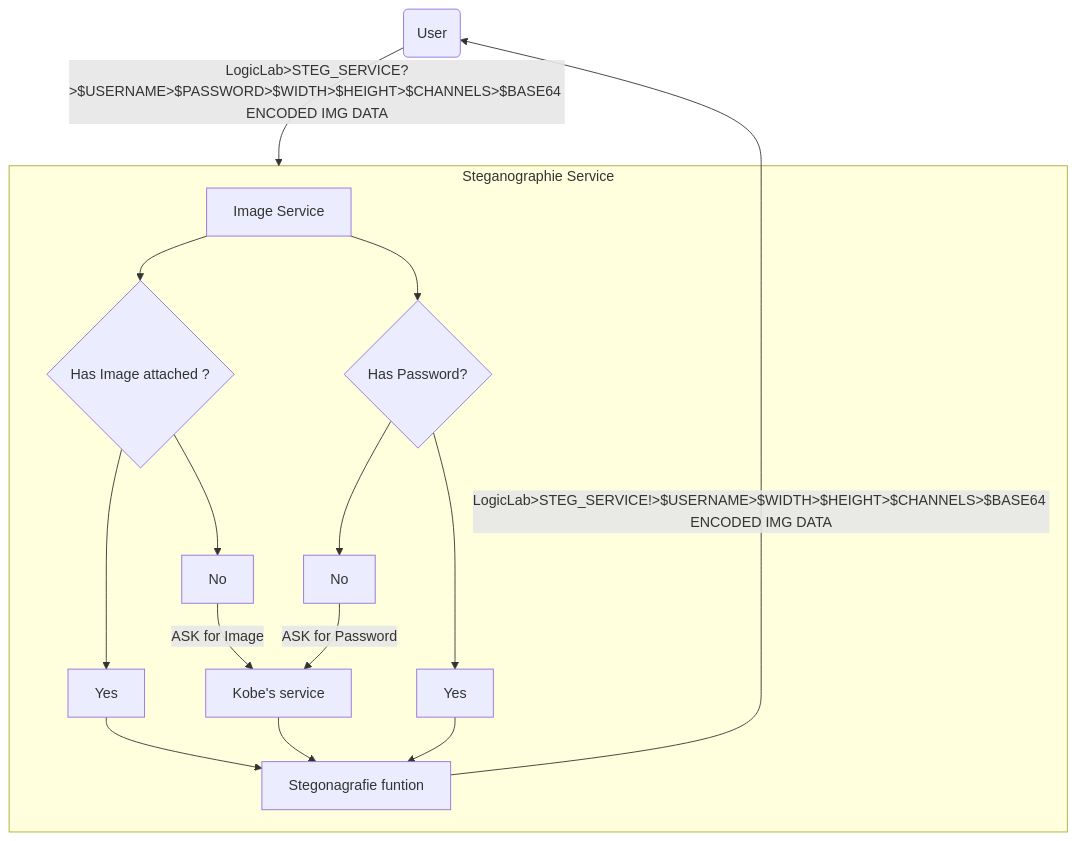
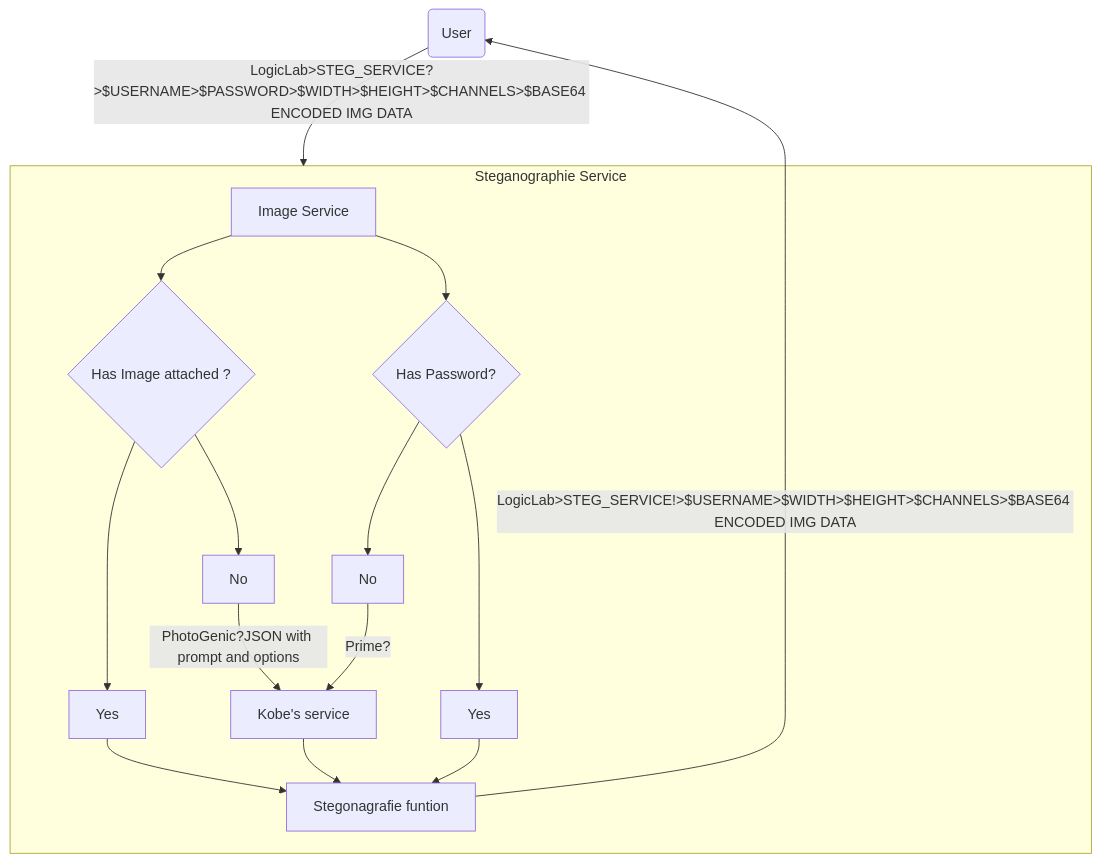
One commit to SeppeBudenaers/Network_Porgraming_PXL_2024 changed the first of 2 diagrams in READme.md. Above: the diagram before and after it, drawn with Mermaid.

````diff
--- a/READme.md
+++ b/READme.md
@@ -11,32 +11,32 @@
 ```mermaid
 flowchart TD
 User(User)
 Service[Image Service]
 Kobe[Kobe's service]
 Stegfun[Stegonagrafie funtion]
 NO_img[No]
 YES_img[Yes]
 NO_PASS[No]
 YES_PASS[Yes]
 
 User --> |LogicLab>STEG_SERVICE?>$USERNAME>$PASSWORD>$WIDTH>$HEIGHT>$CHANNELS>$BASE64 ENCODED IMG DATA| ide1
 subgraph ide1 [Steganographie Service]
 Service --> IF_IMG{Has Image attached ?}
 IF_IMG --> NO_img
-NO_img --> |ASK for Image|Kobe
+NO_img --> |PhotoGenic?JSON with prompt and options|Kobe
 IF_IMG --> YES_img
 YES_img --> Stegfun
 Kobe --> Stegfun
 
 Service --> IF_PASS{Has Password?}
 IF_PASS --> NO_PASS
-NO_PASS --> |ASK for Password|Kobe
+NO_PASS --> |Prime?|Kobe
 IF_PASS --> YES_PASS
 YES_PASS --> Stegfun
 end
 
 Stegfun --> |LogicLab>STEG_SERVICE!>$USERNAME>$WIDTH>$HEIGHT>$CHANNELS>$BASE64 ENCODED IMG DATA| User
 
 
 
 ```
````
